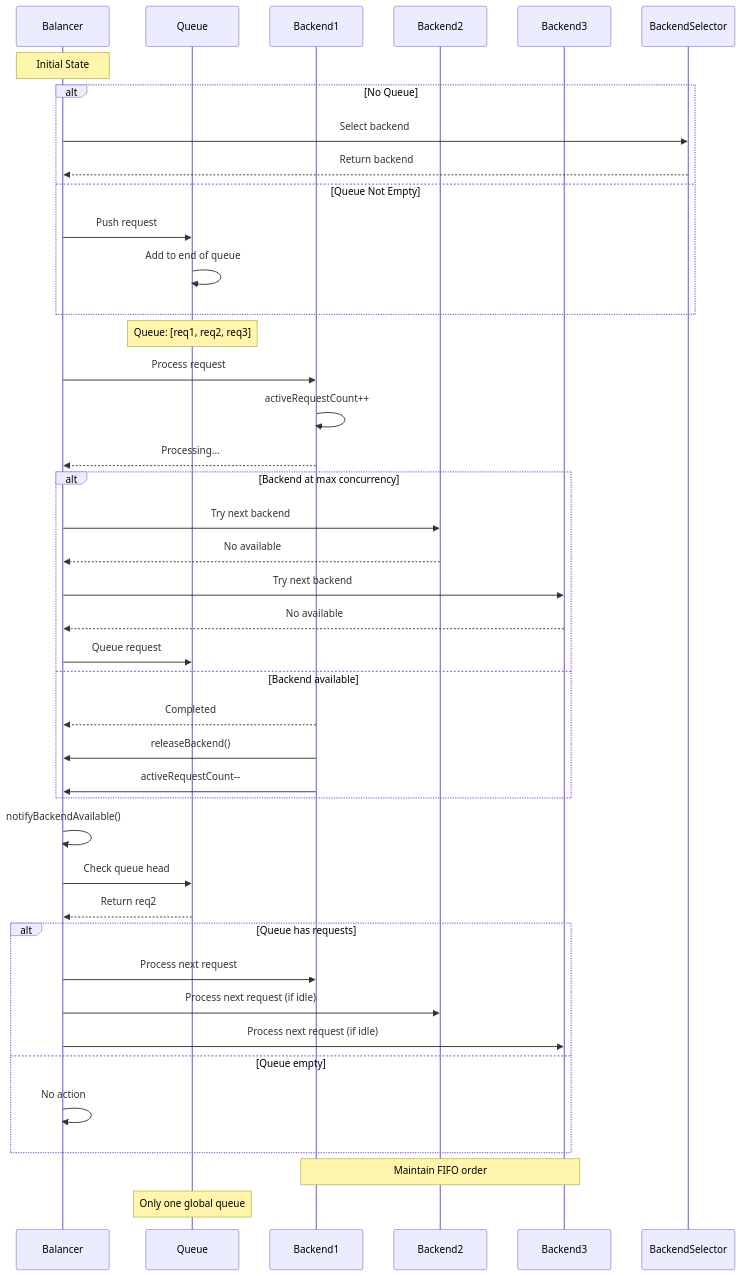
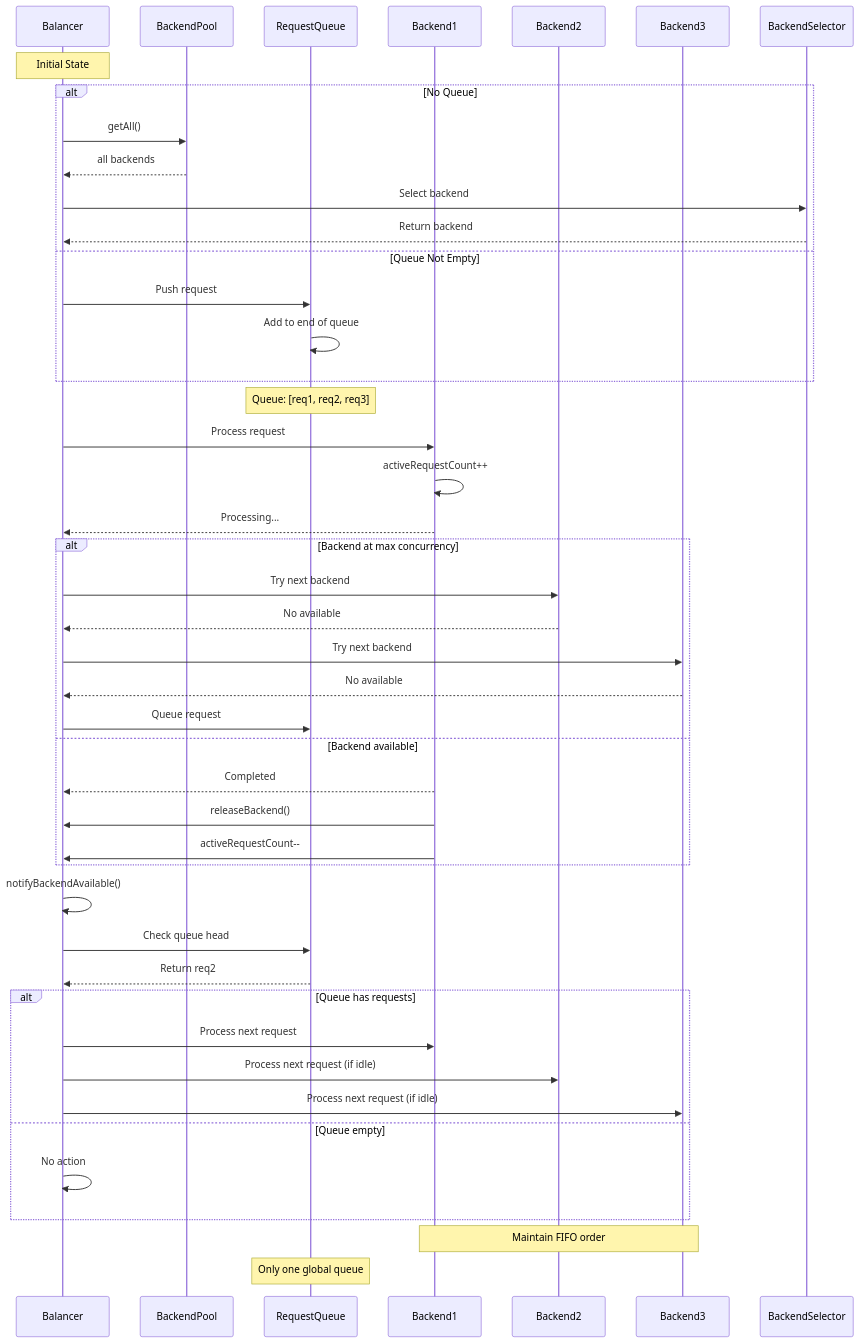
One commit to Schafer-List-Systems/llm_balancer changed the fourth of 10 diagrams in docs/developer/DATA_FLOW.md. Above: the diagram before and after it, drawn with Mermaid. The commit also changed other lines of this file and 2 other files, not shown here.

First line of the commit message:
feat: add criterion-based queue processing for intelligent request routing

````diff
--- a/docs/developer/DATA_FLOW.md
+++ b/docs/developer/DATA_FLOW.md
@@ -235,52 +291,55 @@
 ```mermaid
 sequenceDiagram
     participant Balancer
-    participant Queue
+    participant BackendPool
+    participant RequestQueue
     participant Backend1
     participant Backend2
     participant Backend3
 
     Note over Balancer: Initial State
 
     alt No Queue
+        Balancer->>BackendPool: getAll()
+        BackendPool-->>Balancer: all backends
         Balancer->>BackendSelector: Select backend
         BackendSelector-->>Balancer: Return backend
     else Queue Not Empty
-        Balancer->>Queue: Push request
-        Queue->>Queue: Add to end of queue
+        Balancer->>RequestQueue: Push request
+        RequestQueue->>RequestQueue: Add to end of queue
     end
 
-    Note over Queue: Queue: [req1, req2, req3]
+    Note over RequestQueue: Queue: [req1, req2, req3]
 
     Balancer->>Backend1: Process request
     Backend1->>Backend1: activeRequestCount++
     Backend1-->>Balancer: Processing...
 
     alt Backend at max concurrency
         Balancer->>Backend2: Try next backend
         Backend2-->>Balancer: No available
         Balancer->>Backend3: Try next backend
         Backend3-->>Balancer: No available
-        Balancer->>Queue: Queue request
+        Balancer->>RequestQueue: Queue request
     else Backend available
         Backend1-->>Balancer: Completed
         Backend1->>Balancer: releaseBackend()
         Backend1->>Balancer: activeRequestCount--
     end
 
     Balancer->>Balancer: notifyBackendAvailable()
-    Balancer->>Queue: Check queue head
+    Balancer->>RequestQueue: Check queue head
 
-    Queue-->>Balancer: Return req2
+    RequestQueue-->>Balancer: Return req2
 
     alt Queue has requests
         Balancer->>Backend1: Process next request
         Balancer->>Backend2: Process next request (if idle)
         Balancer->>Backend3: Process next request (if idle)
     else Queue empty
         Balancer->>Balancer: No action
     end
 
     Note over Backend1,Backend3: Maintain FIFO order
-    Note over Queue: Only one global queue
+    Note over RequestQueue: Only one global queue
 ```
````
